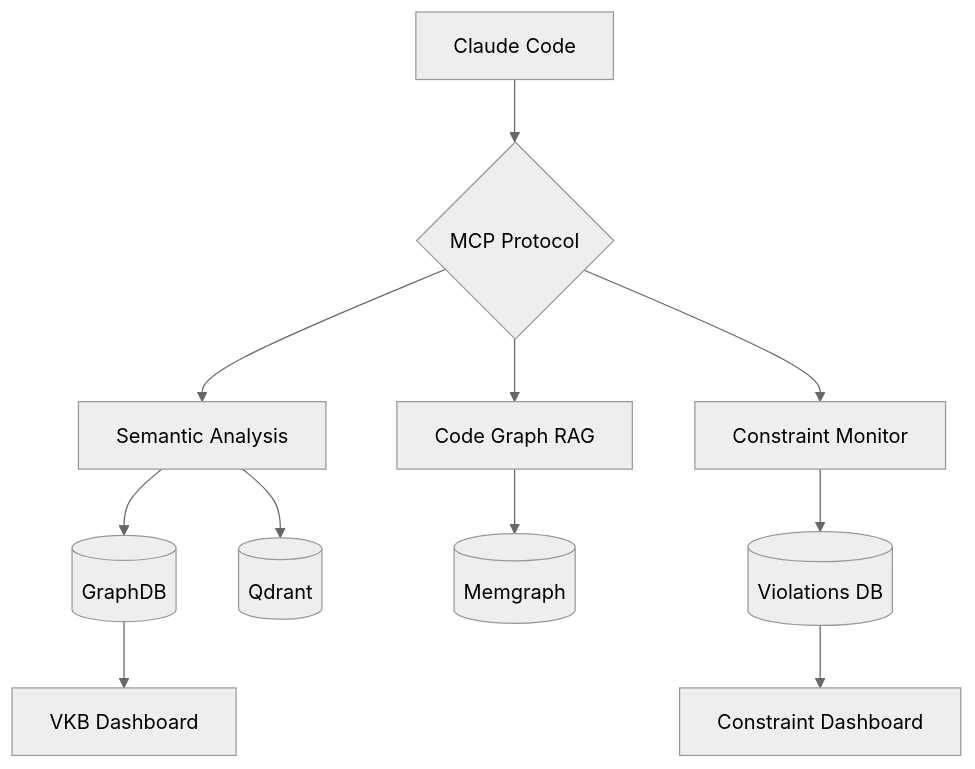
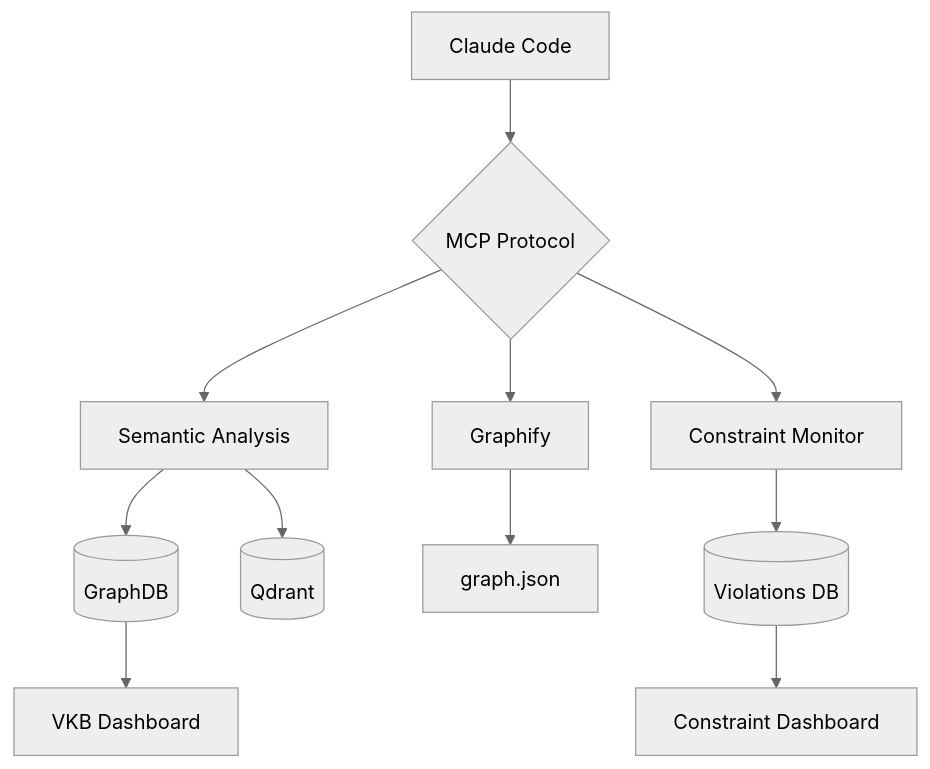
The diagram in docs-content/integrations/index.md (fwornle/coding), drawn with Mermaid (neutral theme) before and after one commit. The commit also changed other lines of this file and 76 other files, not shown here.

First line of the commit message:
docs(graphify): docs, diagrams, tests, dashboard label + cleanup (Phase 5)

````diff
--- a/docs-content/integrations/index.md
+++ b/docs-content/integrations/index.md
@@ -143,15 +141,15 @@
 ```mermaid
 flowchart TB
     CC[Claude Code] --> MCP{MCP Protocol}
     MCP --> SA[Semantic Analysis]
     MCP --> CM[Constraint Monitor]
-    MCP --> CGR[Code Graph RAG]
+    MCP --> CGR[Graphify]
 
     SA --> GDB[(GraphDB)]
     SA --> QD[(Qdrant)]
-    CGR --> MG[(Memgraph)]
+    CGR --> GJ[graph.json]
     CM --> CMDB[(Violations DB)]
 
     GDB --> VKB[VKB Dashboard]
     CMDB --> CMD[Constraint Dashboard]
 ```
````
